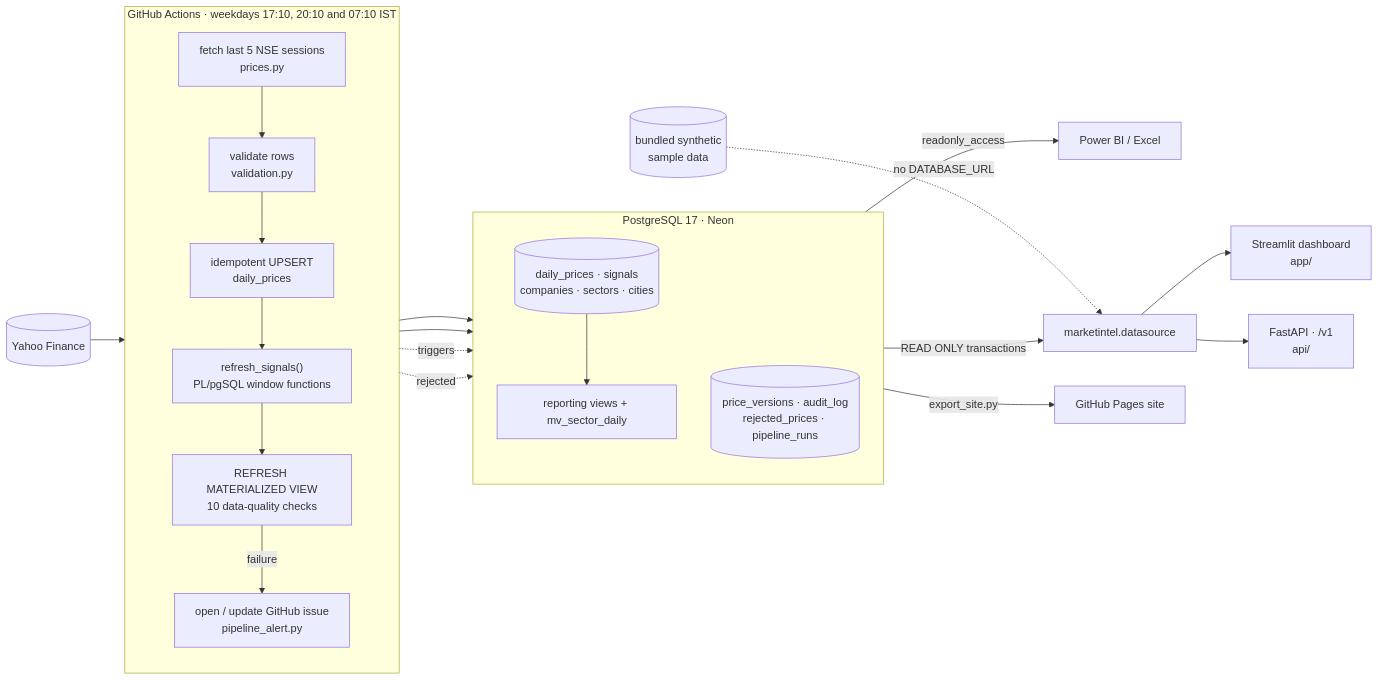
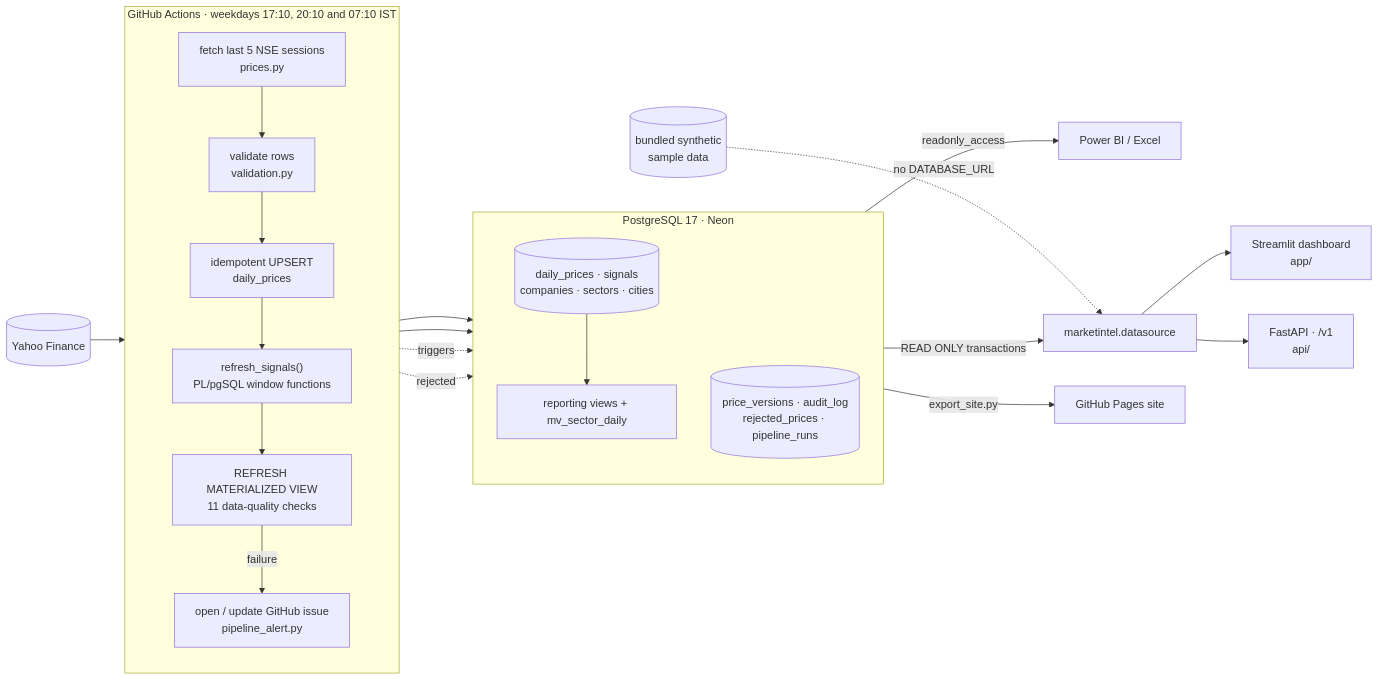
The first of 2 diagrams in README.md (Bhavex/market-intelligence-pg), drawn with Mermaid before and after one commit. The commit also changed other lines of this file and 7 other files, not shown here.

````diff
--- a/README.md
+++ b/README.md
@@ -50,33 +53,33 @@
 ```mermaid
 flowchart LR
     Y[(Yahoo Finance)] --> F
 
     subgraph ACT["GitHub Actions · weekdays 17:10, 20:10 and 07:10 IST"]
         direction TB
         F["fetch last 5 NSE sessions<br/>prices.py"] --> V["validate rows<br/>validation.py"]
         V --> U["idempotent UPSERT<br/>daily_prices"]
         U --> R["refresh_signals()<br/>PL/pgSQL window functions"]
-        R --> Q["REFRESH MATERIALIZED VIEW<br/>10 data-quality checks"]
+        R --> Q["REFRESH MATERIALIZED VIEW<br/>11 data-quality checks"]
         Q -->|failure| AL["open / update GitHub issue<br/>pipeline_alert.py"]
     end
 
     subgraph PG["PostgreSQL 17 · Neon"]
         direction TB
         T1[("daily_prices · signals<br/>companies · sectors · cities")]
         T2[("price_versions · audit_log<br/>rejected_prices · pipeline_runs")]
         VW["reporting views + mv_sector_daily"]
         T1 --> VW
     end
 
     U --> T1
     R --> T1
     U -. triggers .-> T2
     V -. rejected .-> T2
 
     VW -->|readonly_access| PBI["Power BI / Excel"]
     VW -->|READ ONLY transactions| DS["marketintel.datasource"]
     DS --> ST["Streamlit dashboard<br/>app/"]
     DS --> API["FastAPI · /v1<br/>api/"]
     DEMO[("bundled synthetic<br/>sample data")] -. no DATABASE_URL .-> DS
     VW -->|export_site.py| WEB["GitHub Pages site"]
 ```
````
